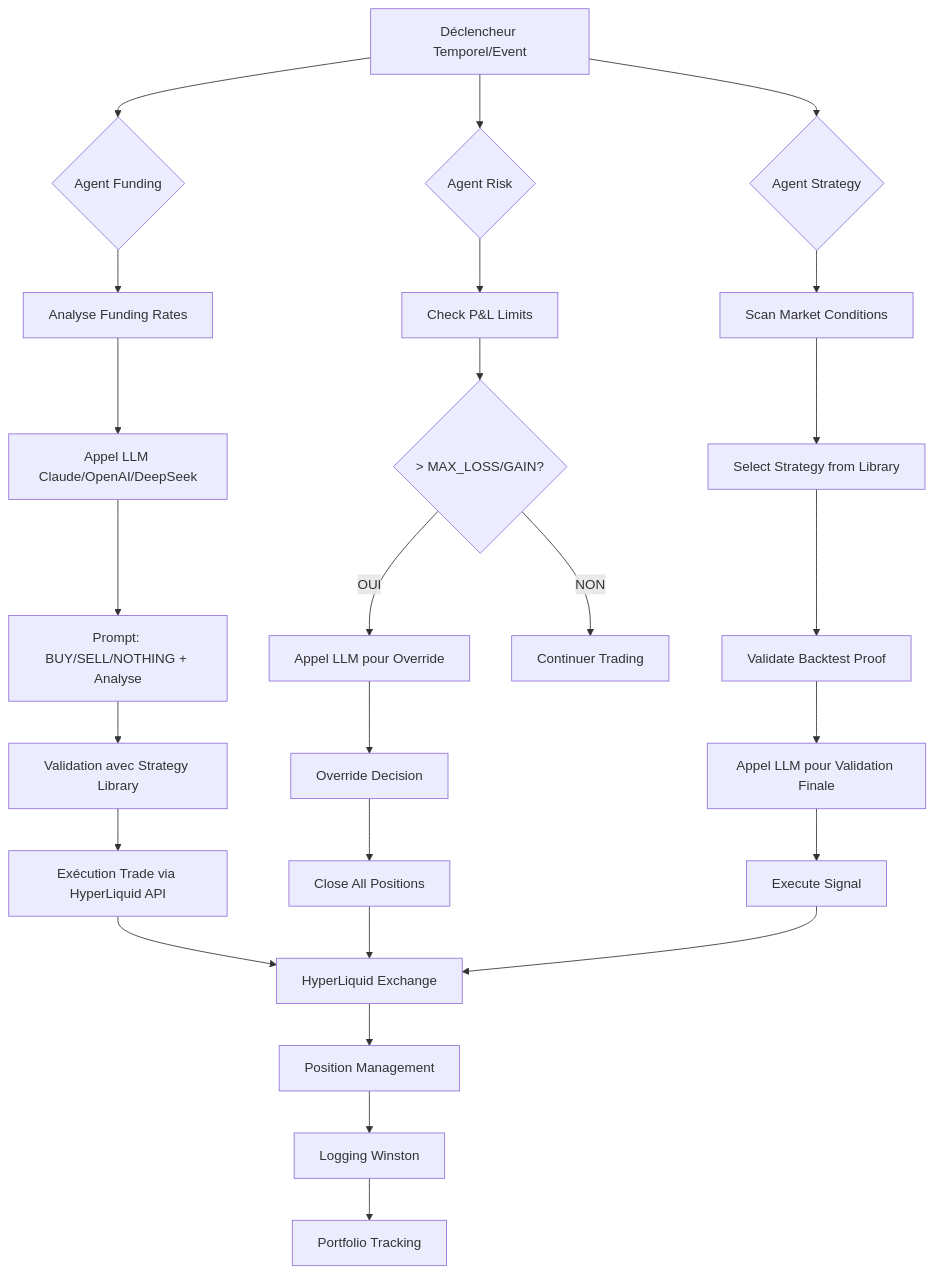
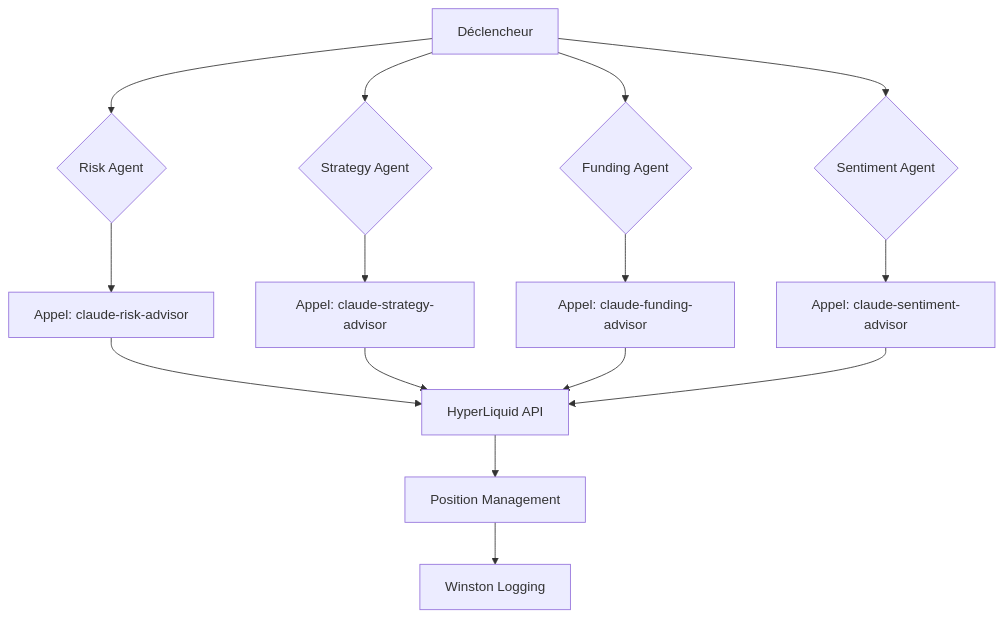
The diagram in docs/AGENTS_GRAPH_VISUALIZATION.md (DeamonDev888/Trading-Workflow), drawn with Mermaid before and after one commit. The commit also changed other lines of this file and 18 other files, not shown here.

First line of the commit message:
feat(trading): add unidirectional trading mode with position management

````diff
--- a/docs/AGENTS_GRAPH_VISUALIZATION.md
+++ b/docs/AGENTS_GRAPH_VISUALIZATION.md
@@ -5,33 +5,20 @@
 ```mermaid
 graph TD
-    A[Déclencheur Temporel/Event] --> B{Agent Funding}
-    A --> C{Agent Risk}
-    A --> D{Agent Strategy}
+    A[Déclencheur] --> B{Risk Agent}
+    A --> C{Strategy Agent}
+    A --> D{Funding Agent}
+    A --> E{Sentiment Agent}
 
-    B --> B1[Analyse Funding Rates]
-    B1 --> B2[Appel LLM Claude/OpenAI/DeepSeek]
-    B2 --> B3[Prompt: BUY/SELL/NOTHING + Analyse]
-    B3 --> B4[Validation avec Strategy Library]
-    B4 --> B5[Exécution Trade via HyperLiquid API]
+    B --> B1[Appel: claude-risk-advisor]
+    C --> C1[Appel: claude-strategy-advisor]
+    D --> D1[Appel: claude-funding-advisor]
+    E --> E1[Appel: claude-sentiment-advisor]
 
-    C --> C1[Check P&L Limits]
-    C1 --> C2{> MAX_LOSS/GAIN?}
-    C2 -->|OUI| C3[Appel LLM pour Override]
-    C2 -->|NON| C4[Continuer Trading]
-    C3 --> C5[Override Decision]
-    C5 --> C6[Close All Positions]
+    B1 --> F[HyperLiquid API]
+    C1 --> F
+    D1 --> F
+    E1 --> F
 
-    D --> D1[Scan Market Conditions]
-    D1 --> D2[Select Strategy from Library]
-    D2 --> D3[Validate Backtest Proof]
-    D3 --> D4[Appel LLM pour Validation Finale]
-    D4 --> D5[Execute Signal]
-
-    B5 --> E[HyperLiquid Exchange]
-    C6 --> E
-    D5 --> E
-
-    E --> F[Position Management]
-    F --> G[Logging Winston]
-    G --> H[Portfolio Tracking]
+    F --> G[Position Management]
+    G --> H[Winston Logging]
 ```
````
